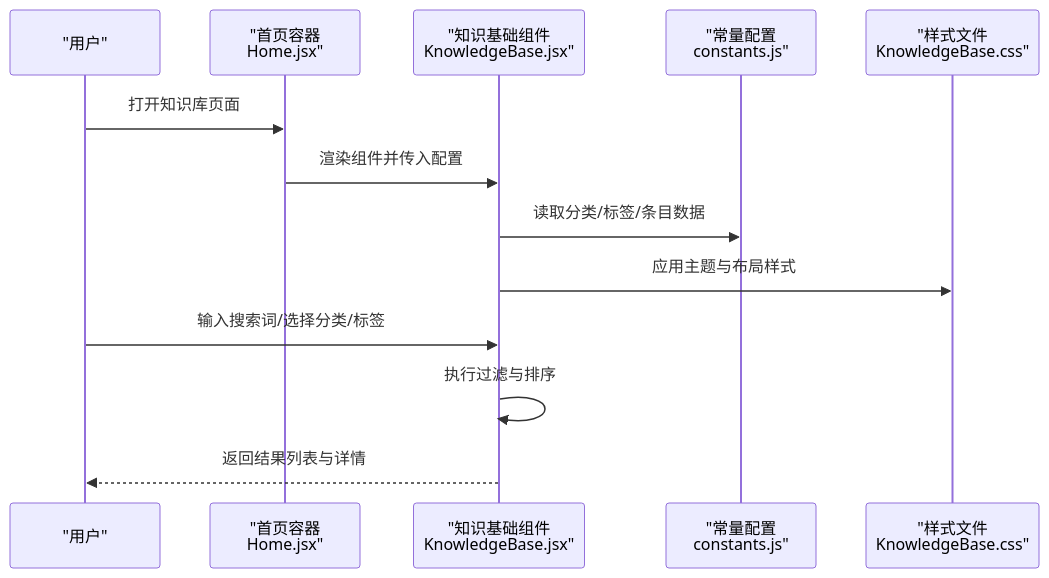
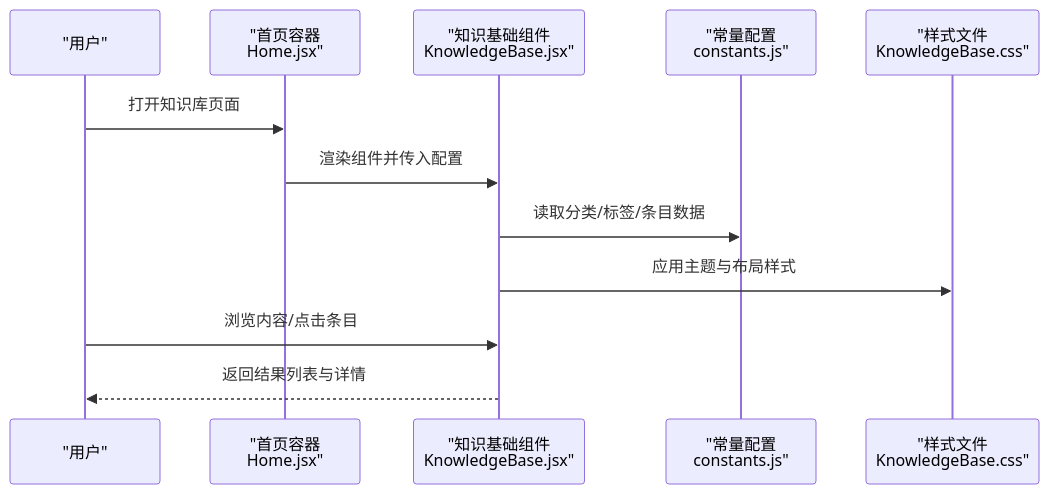
One commit to lithos666/lithos666.github.io changed the second of 4 diagrams in .qoder/repowiki/zh/content/核心功能模块/知识基础组件.md. Above: the diagram before and after it, drawn with Mermaid. The commit also changed other lines of this file and 30 other files, not shown here.

````diff
--- a/.qoder/repowiki/zh/content/核心功能模块/知识基础组件.md
+++ b/.qoder/repowiki/zh/content/核心功能模块/知识基础组件.md
@@ -123,15 +123,14 @@
 ```mermaid
 sequenceDiagram
 participant U as "用户"
 participant H as "首页容器<br/>Home.jsx"
 participant KB as "知识基础组件<br/>KnowledgeBase.jsx"
 participant CFG as "常量配置<br/>constants.js"
 participant CSS as "样式文件<br/>KnowledgeBase.css"
 U->>H : 打开知识库页面
 H->>KB : 渲染组件并传入配置
 KB->>CFG : 读取分类/标签/条目数据
 KB->>CSS : 应用主题与布局样式
-U->>KB : 输入搜索词/选择分类/标签
-KB->>KB : 执行过滤与排序
+U->>KB : 浏览内容/点击条目
 KB-->>U : 返回结果列表与详情
 ```
````
